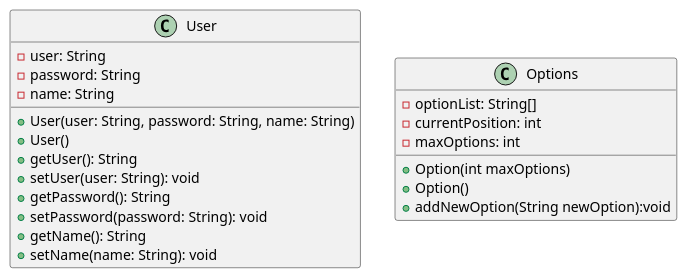
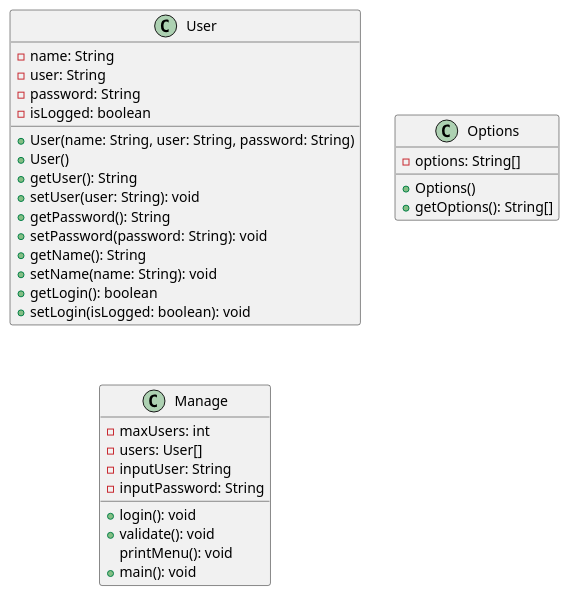
One commit to mmasias/progra2-22-23 changed the diagram in ejercicios/entregas/jorgeQuinonez/EX002UserManagement/docs/EX002UserManagement.puml. Above: the diagram before and after it, drawn with PlantUML. The commit also changed 2 other files, not shown here.

Commit message:
feature: creating plantUml file

```diff
--- a/ejercicios/entregas/jorgeQuinonez/EX002UserManagement/docs/EX002UserManagement.puml
+++ b/ejercicios/entregas/jorgeQuinonez/EX002UserManagement/docs/EX002UserManagement.puml
@@ -1,24 +1,33 @@
 @startuml EX002UserManagement
 class User{
+    -name: String
     -user: String
     -password: String
-    -name: String
-    +User(user: String, password: String, name: String)
+    -isLogged: boolean
+    +User(name: String, user: String, password: String)
     +User()
     +getUser(): String
     +setUser(user: String): void
     +getPassword(): String
     +setPassword(password: String): void
     +getName(): String
     +setName(name: String): void
+    +getLogin(): boolean
+    +setLogin(isLogged: boolean): void
 }
 class Options{
-    -optionList: String[]
-    -currentPosition: int
-    -maxOptions: int
-    +Option(int maxOptions)
-    +Option()
-    +addNewOption(String newOption):void
-    
+    -options: String[]
+    +Options()
+    +getOptions(): String[]
+}
+class Manage{
+    -maxUsers: int
+    -users: User[]
+    -inputUser: String
+    -inputPassword: String
+    +login(): void
+    +validate(): void
+    printMenu(): void
+    +main(): void
 }
 @enduml
```
